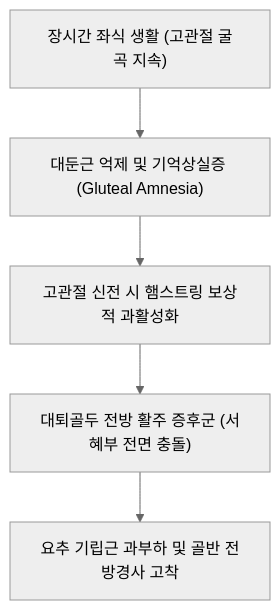
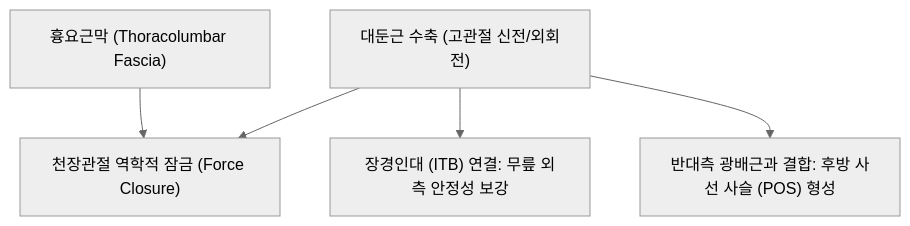
The diagram in content/1. 근골격계 공부/근육/(10) 둔부/대둔근.md (simbio11/simbio-digital-garden2), drawn with Mermaid (neutral theme) before and after one commit. The commit also changed other lines of this file and 150 other files, not shown here.

````diff
--- a/content/1. 근골격계 공부/근육/(10) 둔부/대둔근.md
+++ b/content/1. 근골격계 공부/근육/(10) 둔부/대둔근.md
@@ -54,7 +53,7 @@
 ```mermaid
 graph TD
-    SittingHabit["장시간 좌식 생활 (고관절 굴곡 지속)"] --> GluteInhibition["대둔근 억제 및 기억상실증 (Gluteal Amnesia)"]
-    GluteInhibition --> HamstringDominance["고관절 신전 시 햄스트링 보상적 과활성화"]
-    HamstringDominance --> AnteriorGlide["대퇴골두 전방 활주 증후군 (서혜부 전면 충돌)"]
-    AnteriorGlide --> LumbarOverload["요추 기립근 과부하 및 골반 전방경사 고착"]
+    ThoracolumbarFascia["흉요근막 (Thoracolumbar Fascia)"] --> SacroiliacStability["천장관절 역학적 잠금 (Force Closure)"]
+    GluteusMaximus["대둔근 수축 (고관절 신전/외회전)"] --> SacroiliacStability
+    GluteusMaximus --> ITBConnection["장경인대 (ITB) 연결: 무릎 외측 안정성 보강"]
+    GluteusMaximus --> OppositeLatissimus["반대측 광배근과 결합: 후방 사선 사슬 (POS) 형성"]
 ```
````
